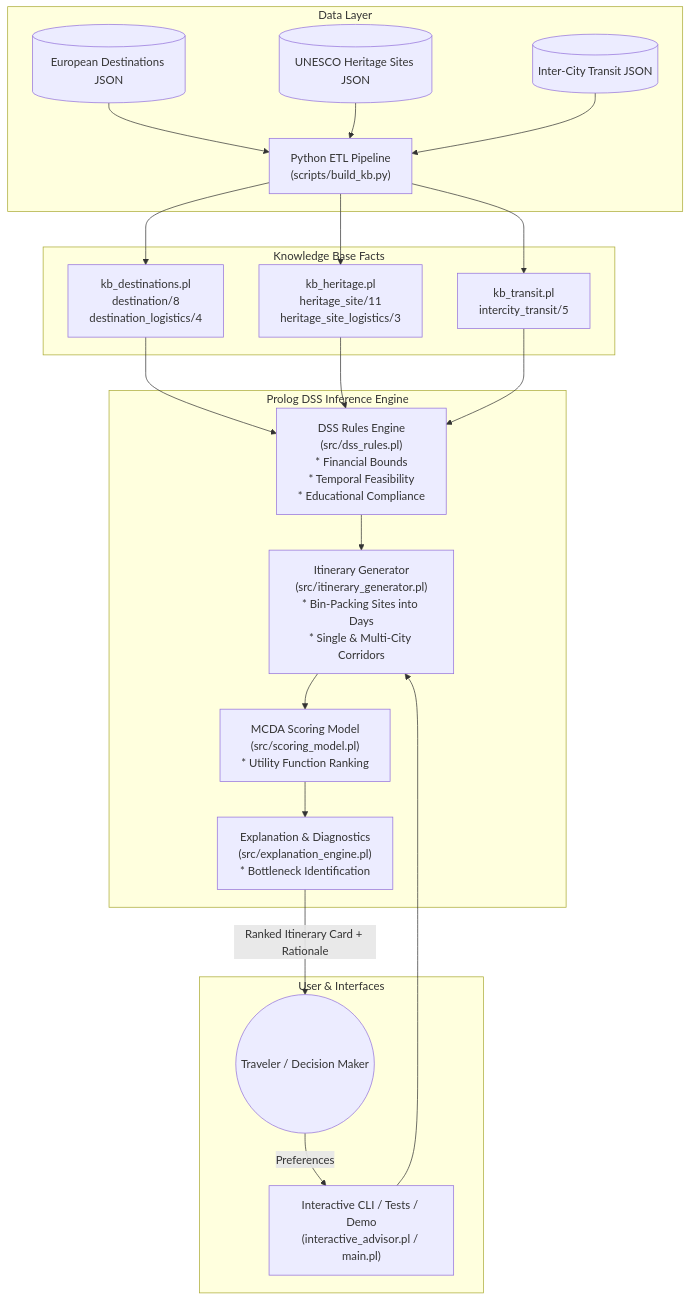
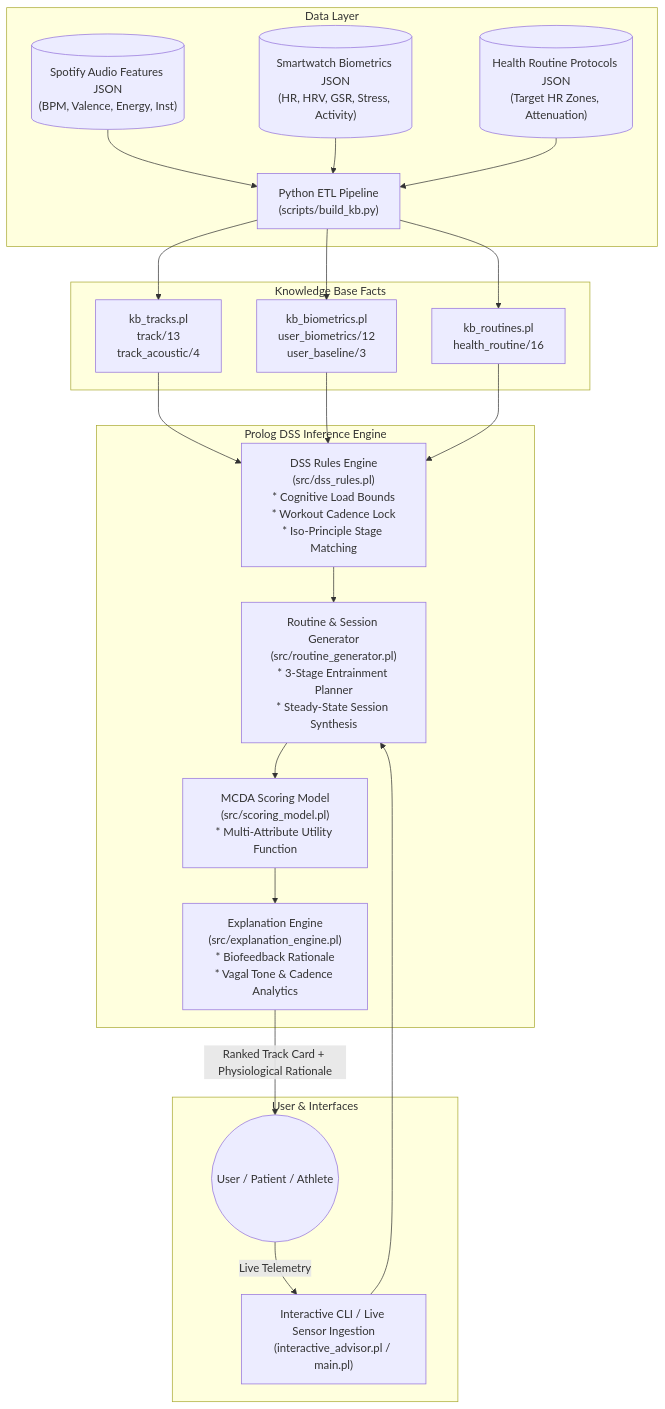
One commit to Step0491/Knowledge-Base-for-a-DSS changed the diagram in README.md. Above: the diagram before and after it, drawn with Mermaid. The commit also changed other lines of this file and 31 other files, not shown here.

Commit message:
feat(dss): transform repository into Context-Aware Music Recommendation & Health-Routine Optimization DSS

````diff
--- a/README.md
+++ b/README.md
@@ -42,43 +43,43 @@
 ```mermaid
 flowchart TD
     subgraph Data Layer
-        D1[("European Destinations JSON")]
-        D2[("UNESCO Heritage Sites JSON")]
-        D3[("Inter-City Transit JSON")]
+        D1[("Spotify Audio Features JSON\n(BPM, Valence, Energy, Inst)")]
+        D2[("Smartwatch Biometrics JSON\n(HR, HRV, GSR, Stress, Activity)")]
+        D3[("Health Routine Protocols JSON\n(Target HR Zones, Attenuation)")]
         ETL["Python ETL Pipeline\n(scripts/build_kb.py)"]
         D1 --> ETL
         D2 --> ETL
         D3 --> ETL
     end
 
     subgraph Knowledge Base Facts
-        KB1["kb_destinations.pl\ndestination/8\ndestination_logistics/4"]
-        KB2["kb_heritage.pl\nheritage_site/11\nheritage_site_logistics/3"]
-        KB3["kb_transit.pl\nintercity_transit/5"]
+        KB1["kb_tracks.pl\ntrack/13\ntrack_acoustic/4"]
+        KB2["kb_biometrics.pl\nuser_biometrics/12\nuser_baseline/3"]
+        KB3["kb_routines.pl\nhealth_routine/16"]
         ETL --> KB1
         ETL --> KB2
         ETL --> KB3
     end
 
     subgraph Prolog DSS Inference Engine
-        RULES["DSS Rules Engine\n(src/dss_rules.pl)\n* Financial Bounds\n* Temporal Feasibility\n* Educational Compliance"]
-        GEN["Itinerary Generator\n(src/itinerary_generator.pl)\n* Bin-Packing Sites into Days\n* Single & Multi-City Corridors"]
-        MCDA["MCDA Scoring Model\n(src/scoring_model.pl)\n* Utility Function Ranking"]
-        EXPL["Explanation & Diagnostics\n(src/explanation_engine.pl)\n* Bottleneck Identification"]
+        RULES["DSS Rules Engine\n(src/dss_rules.pl)\n* Cognitive Load Bounds\n* Workout Cadence Lock\n* Iso-Principle Stage Matching"]
+        GEN["Routine & Session Generator\n(src/routine_generator.pl)\n* 3-Stage Entrainment Planner\n* Steady-State Session Synthesis"]
+        MCDA["MCDA Scoring Model\n(src/scoring_model.pl)\n* Multi-Attribute Utility Function"]
+        EXPL["Explanation Engine\n(src/explanation_engine.pl)\n* Biofeedback Rationale\n* Vagal Tone & Cadence Analytics"]
 
         KB1 --> RULES
         KB2 --> RULES
         KB3 --> RULES
         RULES --> GEN
         GEN --> MCDA
         MCDA --> EXPL
     end
 
     subgraph User & Interfaces
-        CLI["Interactive CLI / Tests / Demo\n(interactive_advisor.pl / main.pl)"]
-        USER(("Traveler / Decision Maker"))
-        USER -->|Preferences| CLI
+        CLI["Interactive CLI / Live Sensor Ingestion\n(interactive_advisor.pl / main.pl)"]
+        USER(("User / Patient / Athlete"))
+        USER -->|Live Telemetry| CLI
         CLI --> GEN
-        EXPL -->|Ranked Itinerary Card + Rationale| USER
+        EXPL -->|Ranked Track Card + Physiological Rationale| USER
     end
 ```
````
